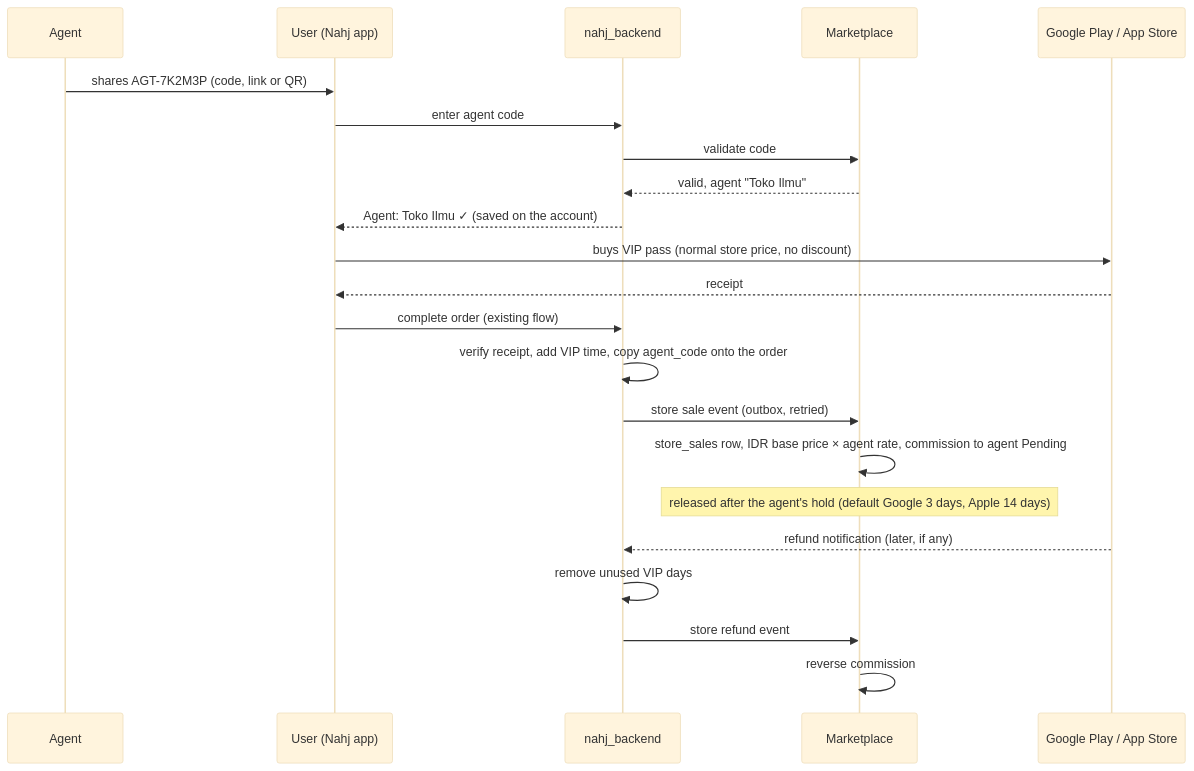
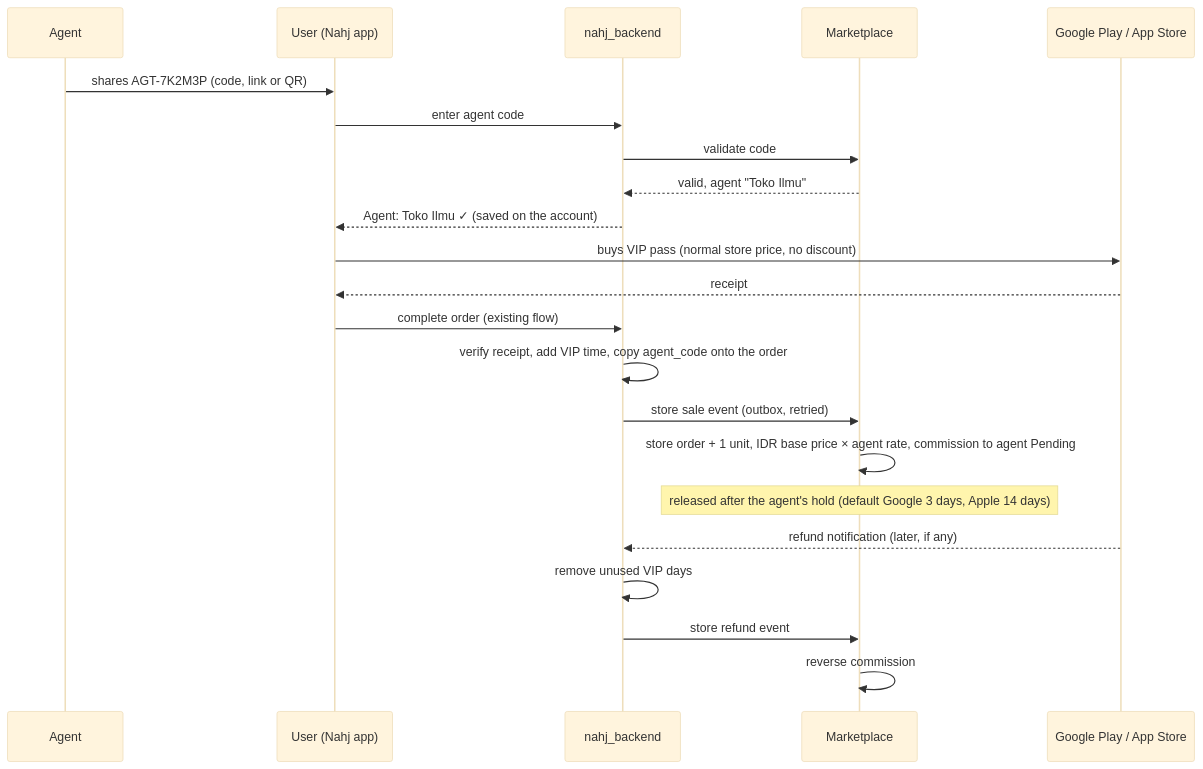
One commit to aafb5cs/nahj-agent-marketing changed the third of 3 diagrams in docs/system-architecture.md. Above: the diagram before and after it, drawn with Mermaid (base theme). The commit also changed other lines of this file and 4 other files, not shown here.

First line of the commit message:
Optimize marketplace schema from 73 to 31 tables

````diff
--- a/docs/system-architecture.md
+++ b/docs/system-architecture.md
@@ -417,24 +407,24 @@
 ```mermaid
 sequenceDiagram
     participant A as Agent
     participant U as User (Nahj app)
     participant G as nahj_backend
     participant M as Marketplace
     participant S as Google Play / App Store
     A->>U: shares AGT-7K2M3P (code, link or QR)
     U->>G: enter agent code
     G->>M: validate code
     M-->>G: valid, agent "Toko Ilmu"
     G-->>U: Agent: Toko Ilmu ✓ (saved on the account)
     U->>S: buys VIP pass (normal store price, no discount)
     S-->>U: receipt
     U->>G: complete order (existing flow)
     G->>G: verify receipt, add VIP time, copy agent_code onto the order
     G->>M: store sale event (outbox, retried)
-    M->>M: store_sales row, IDR base price × agent rate, commission to agent Pending
+    M->>M: store order + 1 unit, IDR base price × agent rate, commission to agent Pending
     Note over M: released after the agent's hold (default Google 3 days, Apple 14 days)
     S-->>G: refund notification (later, if any)
     G->>G: remove unused VIP days
     G->>M: store refund event
     M->>M: reverse commission
 ```
````
